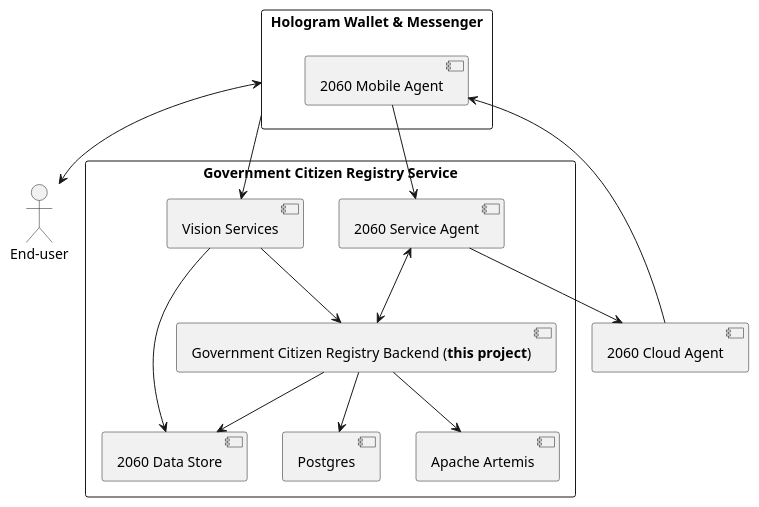
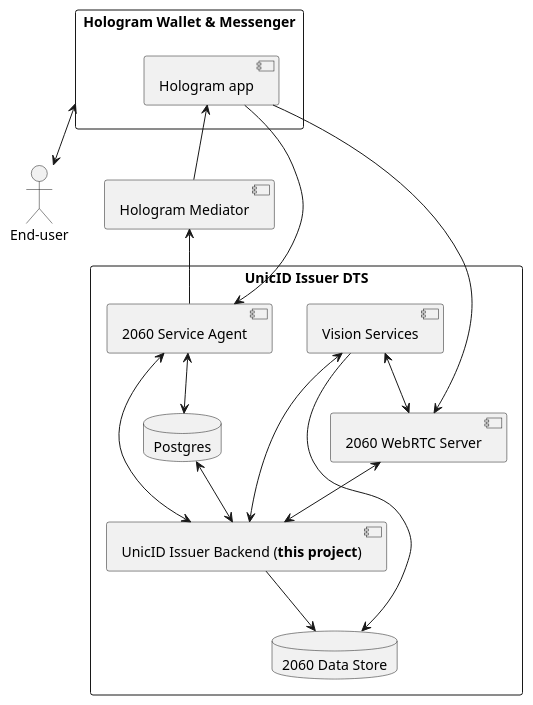
The diagram in arch.puml (2060-io/hologram-gov-id-issuer-vs), drawn with PlantUML before and after one commit. The commit also changed 4 other files, not shown here.

Commit message:
docs: update architecture diagram, add call coordination

```diff
--- a/arch.puml
+++ b/arch.puml
@@ -1,33 +1,35 @@
 @startuml
 
 actor "End-user" as Enduser
 
-[2060 Cloud Agent] as CA
+[Hologram Mediator] as CA
 
 rectangle "Hologram Wallet & Messenger" as App {
-  [2060 Mobile Agent] as MA
+  [Hologram app] as MA
 }
 
 
-rectangle "Government Citizen Registry Service" {
+rectangle "UnicID Issuer DTS" {
     [2060 Service Agent] as VS
-    [2060 Data Store] as DS
-    [Postgres] as PS
-    [Apache Artemis] as AA
-    [Government Citizen Registry Backend (**this project**)] as GAIA
+    database "2060 Data Store" as DS
+    [2060 WebRTC Server] as WebRTC
+    database Postgres as PS
+    [UnicID Issuer Backend (**this project**)] as GAIA
     [Vision Services] as VISION
 }
 
+App <--> Enduser
 MA --> VS
-App --> VISION
-VISION --> GAIA
+MA <-- CA
+CA <-- VS
+MA --> WebRTC
+VISION <--> GAIA
 VISION --> DS
+VISION <--> WebRTC
+WebRTC <--> GAIA
 GAIA --> DS
-App <--> Enduser
 VS <--> GAIA
-VS --> CA
-MA <-- CA
-GAIA --> PS
-GAIA --> AA
+VS <--> PS
+PS <--> GAIA
 
 @enduml
```
